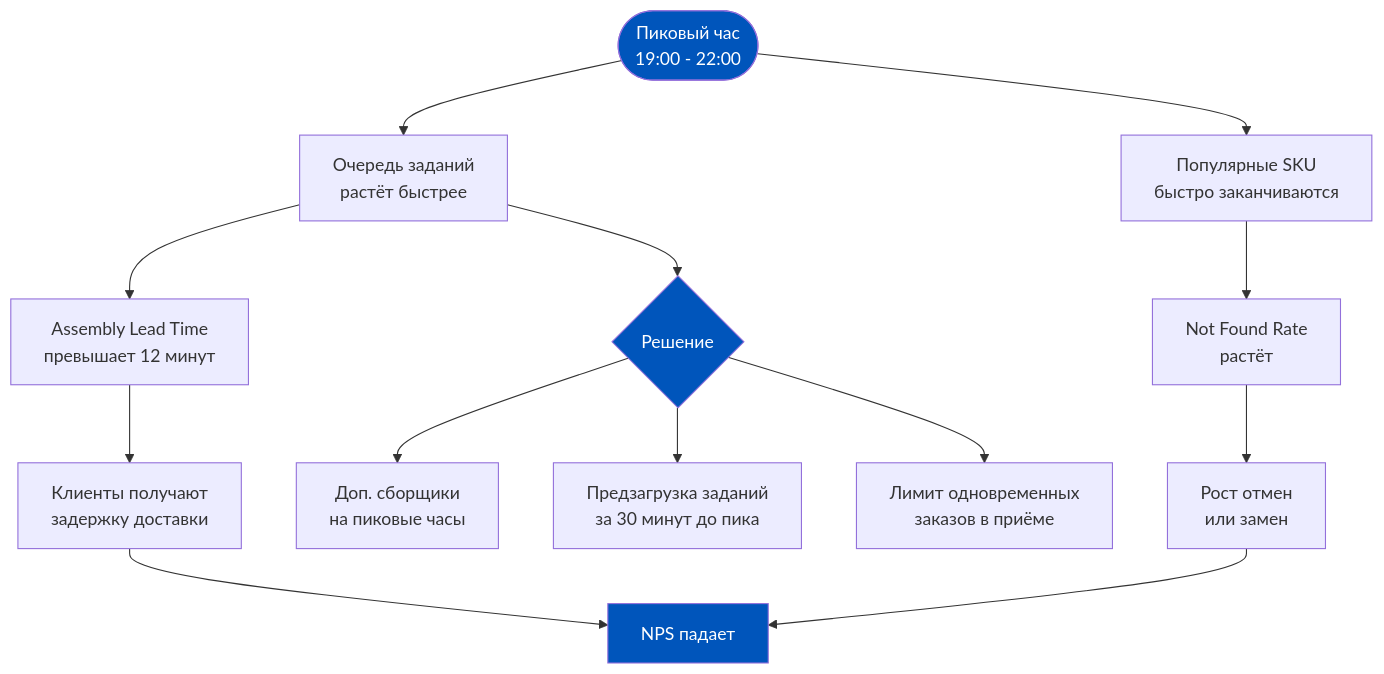
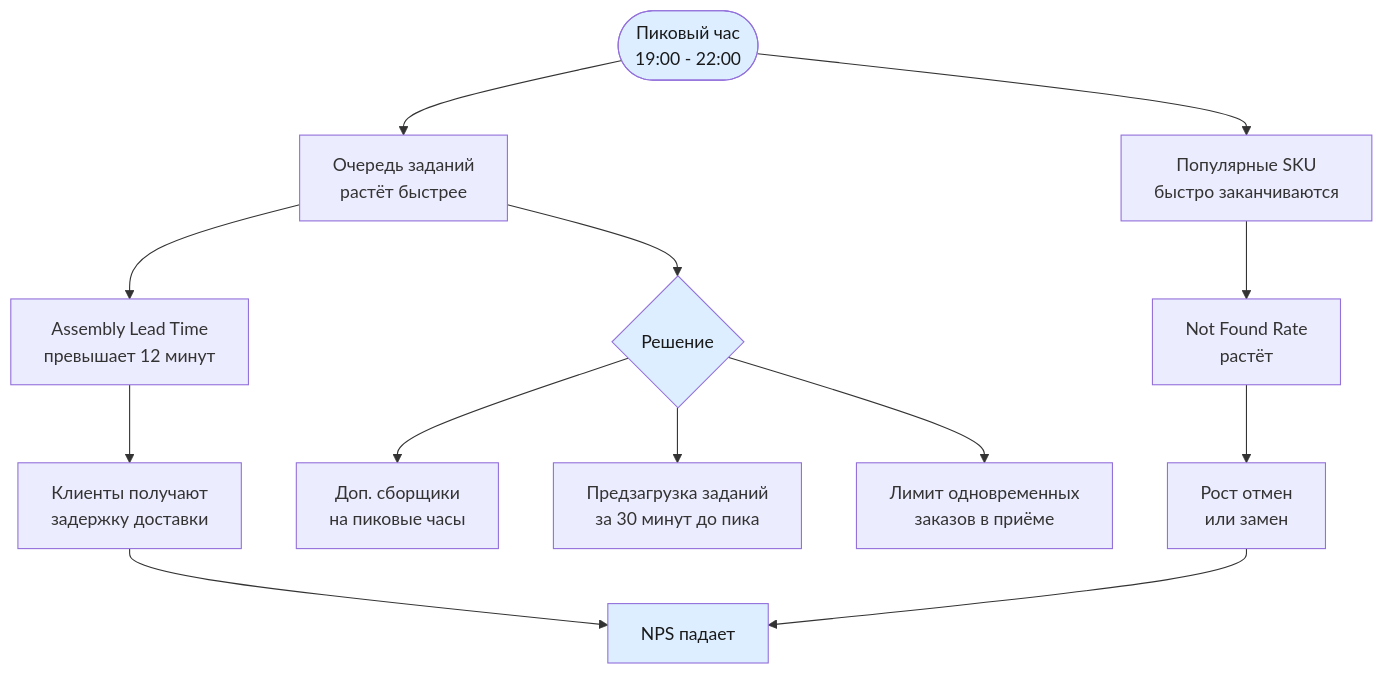
One commit to murad1986/1c-erp-quartz changed the seventh of 7 diagrams in content/1c-erp/week_6/Неделя 6 - День 3 - Рабочее место сборщика.md. Above: the diagram before and after it, drawn with Mermaid. The commit also changed other lines of this file and 57 other files, not shown here.

First line of the commit message:
fix: Mermaid — пастельные цвета в источниках диаграмм (56 файлов)

````diff
--- a/content/1c-erp/week_6/Неделя 6 - День 3 - Рабочее место сборщика.md
+++ b/content/1c-erp/week_6/Неделя 6 - День 3 - Рабочее место сборщика.md
@@ -457,21 +457,21 @@
 ```mermaid
 graph TD
     A([Пиковый час<br/>19:00 - 22:00]) --> B[Очередь заданий<br/>растёт быстрее]
     B --> C[Assembly Lead Time<br/>превышает 12 минут]
     C --> D[Клиенты получают<br/>задержку доставки]
     D --> E[NPS падает]
 
     A --> F[Популярные SKU<br/>быстро заканчиваются]
     F --> G[Not Found Rate<br/>растёт]
     G --> H[Рост отмен<br/>или замен]
     H --> E
 
     B --> I{Решение}
     I --> J[Доп. сборщики<br/>на пиковые часы]
     I --> K[Предзагрузка заданий<br/>за 30 минут до пика]
     I --> L[Лимит одновременных<br/>заказов в приёме]
 
-    style A fill:#0055BB,color:#fff
-    style E fill:#0055BB,color:#fff
-    style I fill:#0055BB,color:#fff
+    style A fill:#dceeff,color:#1a1a1a
+    style E fill:#dceeff,color:#1a1a1a
+    style I fill:#dceeff,color:#1a1a1a
 ```
````
